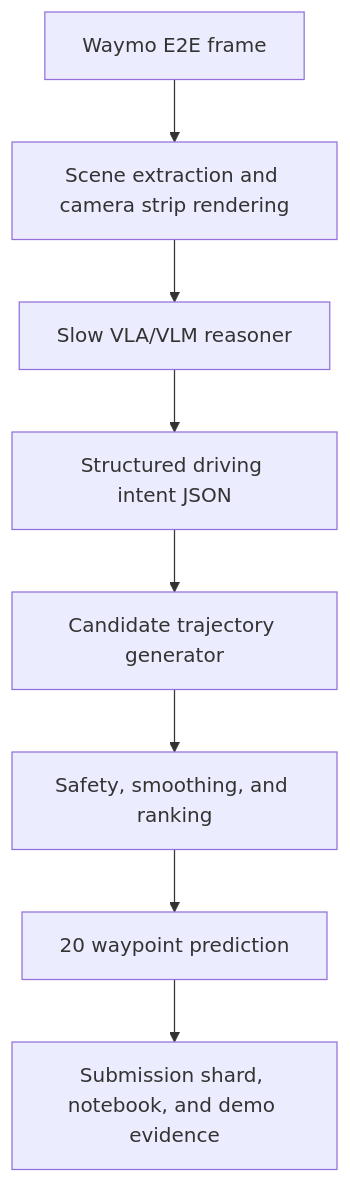
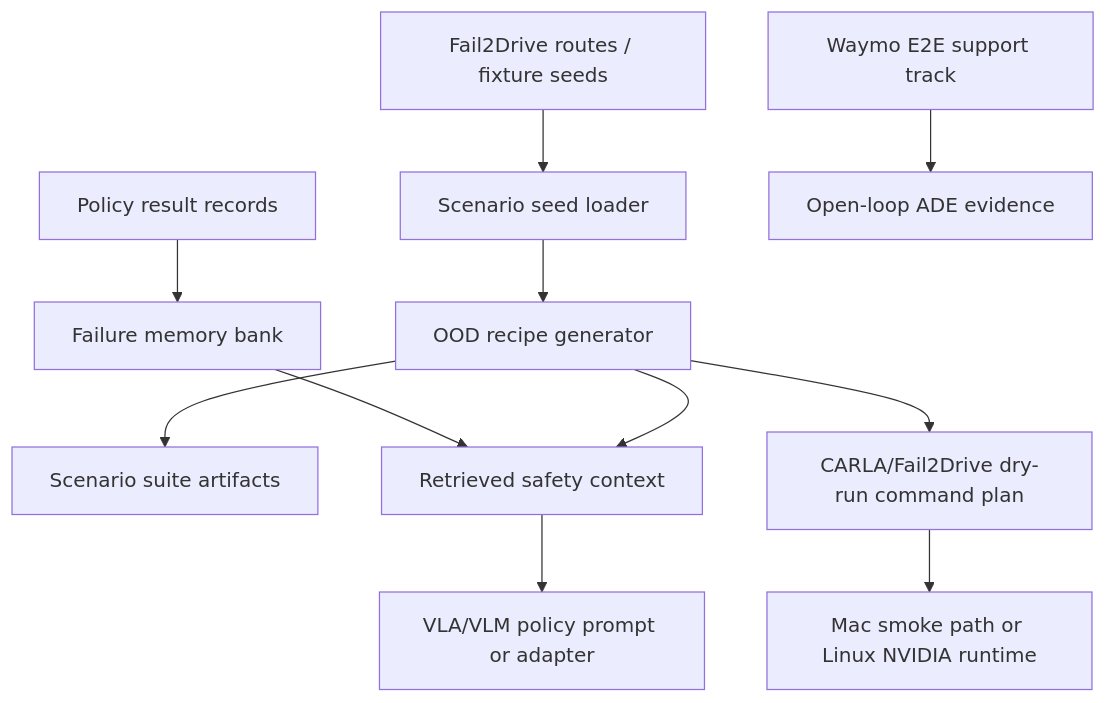
One commit to ZanarkandTechnologies/0xDriver changed the diagram in README.md. Above: the diagram before and after it, drawn with Mermaid. The commit also changed other lines of this file and 57 other files, not shown here.

````diff
--- a/README.md
+++ b/README.md
@@ -26,10 +27,13 @@
 ```mermaid
 flowchart TD
-    A["Waymo E2E frame"] --> B["Scene extraction and camera strip rendering"]
-    B --> C["Slow VLA/VLM reasoner"]
-    C --> D["Structured driving intent JSON"]
-    D --> E["Candidate trajectory generator"]
-    E --> F["Safety, smoothing, and ranking"]
-    F --> G["20 waypoint prediction"]
-    G --> H["Submission shard, notebook, and demo evidence"]
+    A["Fail2Drive routes / fixture seeds"] --> B["Scenario seed loader"]
+    B --> C["OOD recipe generator"]
+    C --> D["Scenario suite artifacts"]
+    E["Policy result records"] --> F["Failure memory bank"]
+    F --> G["Retrieved safety context"]
+    C --> G
+    G --> H["VLA/VLM policy prompt or adapter"]
+    C --> I["CARLA/Fail2Drive dry-run command plan"]
+    I --> J["Mac smoke path or Linux NVIDIA runtime"]
+    K["Waymo E2E support track"] --> L["Open-loop ADE evidence"]
 ```
````
